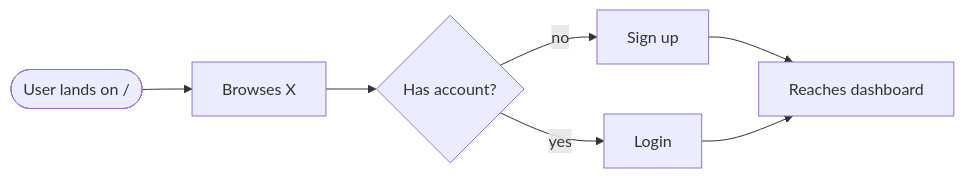
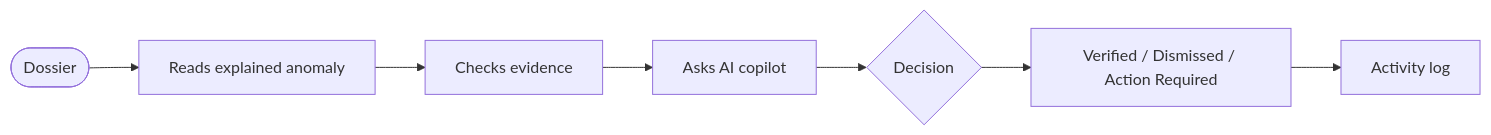
The third of 5 diagrams in context/flow.md (tarunsa918/26102), drawn with Mermaid before and after one commit. The commit also changed other lines of this file and 15 other files, not shown here.

````diff
--- a/context/flow.md
+++ b/context/flow.md
@@ -51,9 +48,9 @@
 ```mermaid
 flowchart LR
-    A([User lands on /]) --> B[Browses X]
-    B --> C{Has account?}
-    C -- no --> D[Sign up]
-    C -- yes --> E[Login]
-    D --> F[Reaches dashboard]
-    E --> F
+    A([Dossier]) --> B[Reads explained anomaly]
+    B --> C[Checks evidence]
+    C --> D[Asks AI copilot]
+    D --> E{Decision}
+    E --> F[Verified / Dismissed / Action Required]
+    F --> G[Activity log]
 ```
````
